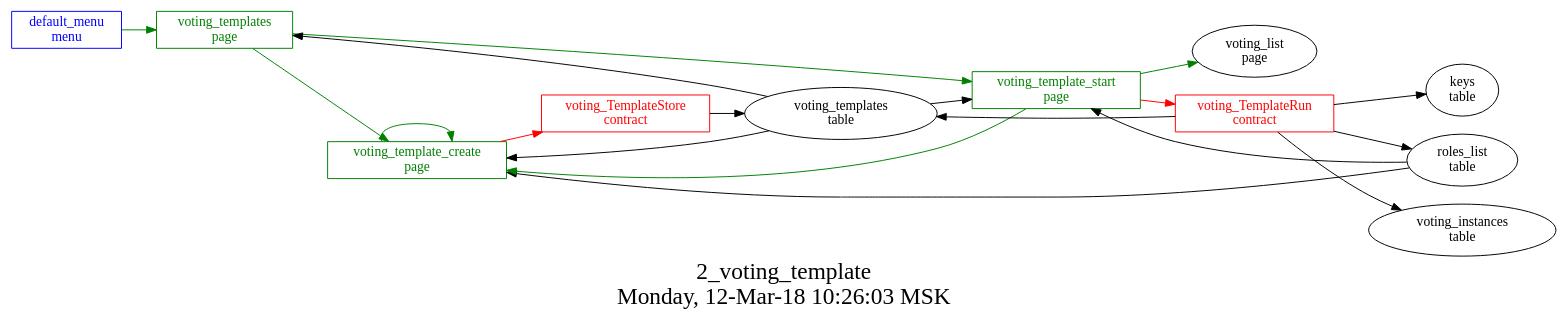
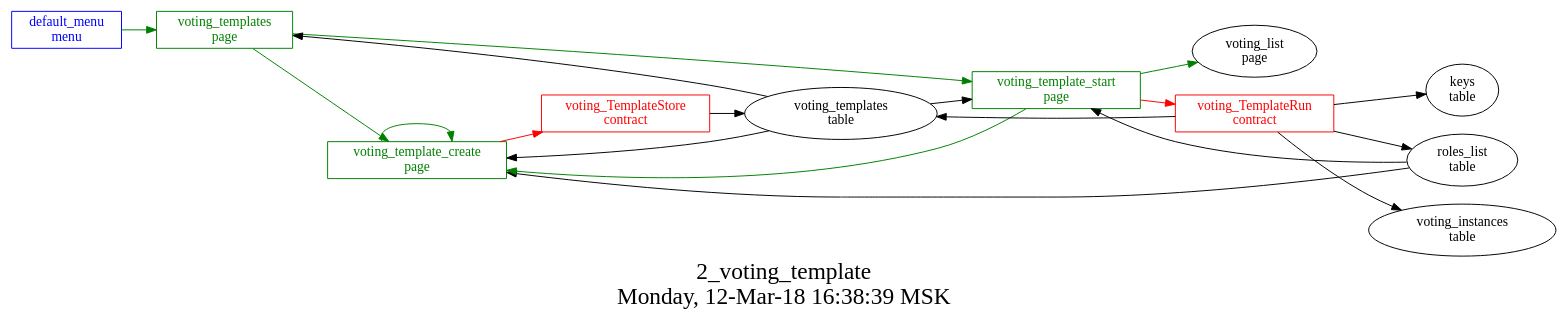
Before and after one commit to AplaProject/apps: the diagram in src/basic/basic_main/2_voting_templates/struct.dot, drawn with Graphviz. The commit also changed 3 other files, not shown here.

```diff
--- a/src/basic/basic_main/2_voting_templates/struct.dot
+++ b/src/basic/basic_main/2_voting_templates/struct.dot
@@ -1,35 +1,35 @@
 digraph G {
 graph [
   fontsize="24";
-  label="2_voting_template\nMonday, 12-Mar-18 10:26:03 MSK";
+  label="2_voting_template\nMonday, 12-Mar-18 16:38:39 MSK";
   nojustify=true;
   ordering=out;
   rankdir=LR;
   size="30";
 ];
 "default_menu\nmenu" -> "voting_templates\npage"  [ color=green ]
 "default_menu\nmenu" [color=blue, fontcolor=blue, group=menus, shape=record];
 "voting_template_create\npage" -> "voting_TemplateStore\ncontract"  [ color=red ]
 "voting_templates\ntable" -> "voting_template_create\npage"  [ color="" ]
 "roles_list\ntable" -> "voting_template_create\npage"  [ color="" ]
 "voting_template_create\npage" -> "voting_template_create\npage"  [ color=green ]
 "voting_template_create\npage" [color=green, fontcolor=green, group=pages, shape=record];
 "voting_template_start\npage" -> "voting_TemplateRun\ncontract"  [ color=red ]
 "voting_templates\ntable" -> "voting_template_start\npage"  [ color="" ]
 "roles_list\ntable" -> "voting_template_start\npage"  [ color="" ]
 "voting_template_start\npage" -> "voting_template_create\npage"  [ color=green ]
 "voting_template_start\npage" -> "voting_list\npage"  [ color=green ]
 "voting_template_start\npage" [color=green, fontcolor=green, group=pages, shape=record];
 "voting_templates\ntable" -> "voting_templates\npage"  [ color="" ]
 "voting_templates\npage" -> "voting_template_start\npage"  [ color=green ]
 "voting_templates\npage" -> "voting_template_create\npage"  [ color=green ]
 "voting_templates\npage" [color=green, fontcolor=green, group=pages, shape=record];
 "voting_TemplateRun\ncontract" -> "voting_templates\ntable"  [ color="" ]
 "voting_TemplateRun\ncontract" -> "keys\ntable"  [ color="" ]
 "voting_TemplateRun\ncontract" -> "roles_list\ntable"  [ color="" ]
 "voting_TemplateRun\ncontract" -> "voting_instances\ntable"  [ color="" ]
 "voting_TemplateRun\ncontract" [color=red, fontcolor=red, group=contracts, shape=record];
 "voting_TemplateStore\ncontract" -> "voting_templates\ntable"  [ color="" ]
 "voting_TemplateStore\ncontract" [color=red, fontcolor=red, group=contracts, shape=record];
 "voting_templates\ntable" [color="", fontcolor="", group=tables, shape=""];
 }
```
